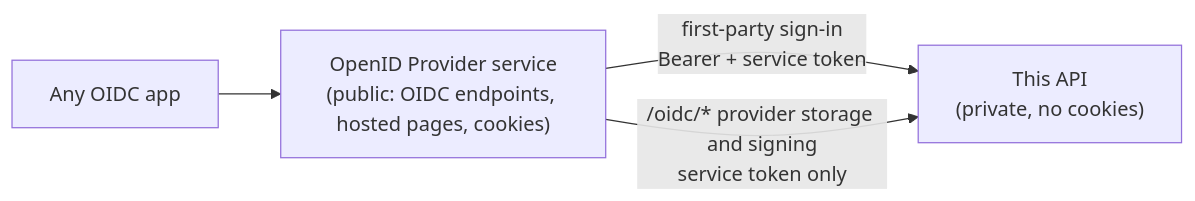
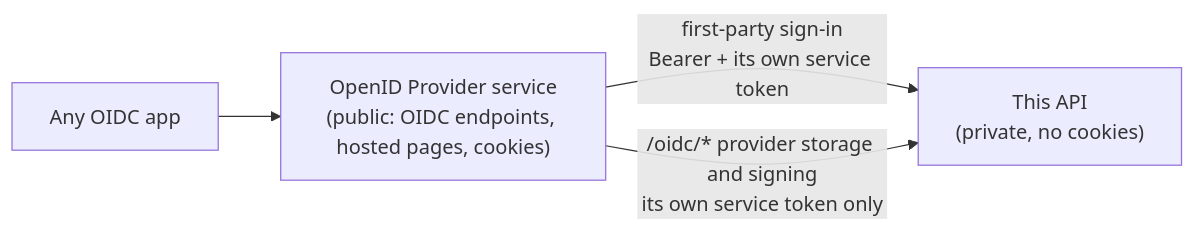
Before and after one commit to fells-code/seamless-auth-api: the second of 2 diagrams in docs/architecture.md, drawn with Mermaid. The commit also changed other lines of this file and 18 other files, not shown here.

Commit message:
feat: give the OpenID Provider service its own service token

````diff
--- a/docs/architecture.md
+++ b/docs/architecture.md
@@ -60,10 +60,10 @@
 ```mermaid
 flowchart LR
   rp["Any OIDC app"]
   edge["OpenID Provider service<br/>(public: OIDC endpoints, hosted pages, cookies)"]
   api["This API<br/>(private, no cookies)"]
 
   rp --> edge
-  edge -- "first-party sign-in<br/>Bearer + service token" --> api
-  edge -- "/oidc/* provider storage and signing<br/>service token only" --> api
+  edge -- "first-party sign-in<br/>Bearer + its own service token" --> api
+  edge -- "/oidc/* provider storage and signing<br/>its own service token only" --> api
 ```
````
